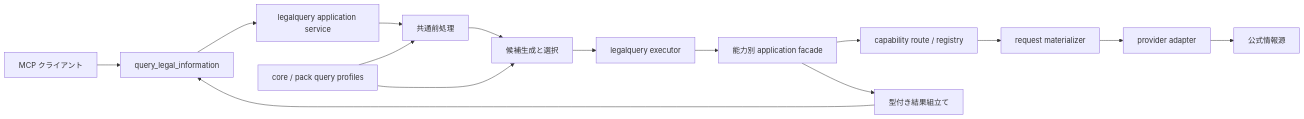
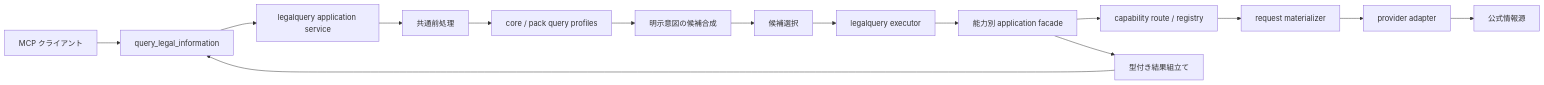
Before and after one commit to geonwoo-jeong/japanese-law-mcp: the diagram in sot/30-architecture/22-unified-query-planning-pipeline.md, drawn with Mermaid. The commit also changed other lines of this file and 71 other files, not shown here.

````diff
--- a/sot/30-architecture/22-unified-query-planning-pipeline.md
+++ b/sot/30-architecture/22-unified-query-planning-pipeline.md
@@ -11,31 +11,32 @@
 ```mermaid
 flowchart LR
     Client["MCP クライアント"]
     Tool["query_legal_information"]
     Service["legalquery application service"]
     Preprocess["共通前処理"]
     Profiles["core / pack query profiles"]
-    Planner["候補生成と選択"]
+    Composer["明示意図の候補合成"]
+    Planner["候補選択"]
     Executor["legalquery executor"]
     Facade["能力別 application facade"]
     Registry["capability route / registry"]
     Materialize["request materializer"]
     Adapter["provider adapter"]
     Source["公式情報源"]
     Result["型付き結果組立て"]
 
     Client --> Tool
     Tool --> Service
     Service --> Preprocess
-    Profiles --> Preprocess
-    Preprocess --> Planner
-    Profiles --> Planner
+    Preprocess --> Profiles
+    Profiles --> Composer
+    Composer --> Planner
     Planner --> Executor
     Executor --> Facade
     Facade --> Registry
     Registry --> Materialize
     Materialize --> Adapter
     Adapter --> Source
     Facade --> Result
     Result --> Tool
 ```
````
